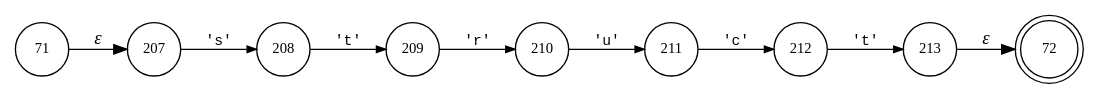
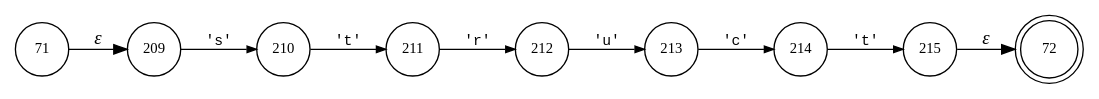
Before and after one commit to gar13177/Scanner: the diagram in src/grammar/ANTLR/decafLexer.T__1.dot, drawn with Graphviz. The commit also changed 226 other files, not shown here.

```diff
--- a/src/grammar/ANTLR/decafLexer.T__1.dot
+++ b/src/grammar/ANTLR/decafLexer.T__1.dot
@@ -1,20 +1,20 @@
 digraph ATN {
 rankdir=LR;
 s72[fontsize=11, label="72", shape=doublecircle, fixedsize=true, width=.6];
-s208[fontsize=11,label="208", shape=circle, fixedsize=true, width=.55, peripheries=1];
 s209[fontsize=11,label="209", shape=circle, fixedsize=true, width=.55, peripheries=1];
 s210[fontsize=11,label="210", shape=circle, fixedsize=true, width=.55, peripheries=1];
 s211[fontsize=11,label="211", shape=circle, fixedsize=true, width=.55, peripheries=1];
 s212[fontsize=11,label="212", shape=circle, fixedsize=true, width=.55, peripheries=1];
 s213[fontsize=11,label="213", shape=circle, fixedsize=true, width=.55, peripheries=1];
+s214[fontsize=11,label="214", shape=circle, fixedsize=true, width=.55, peripheries=1];
 s71[fontsize=11,label="71", shape=circle, fixedsize=true, width=.55, peripheries=1];
-s207[fontsize=11,label="207", shape=circle, fixedsize=true, width=.55, peripheries=1];
-s71 -> s207 [fontname="Times-Italic", label="&epsilon;"];
-s207 -> s208 [fontsize=11, fontname="Courier", arrowsize=.7, label = "'s'", arrowhead = normal];
-s208 -> s209 [fontsize=11, fontname="Courier", arrowsize=.7, label = "'t'", arrowhead = normal];
-s209 -> s210 [fontsize=11, fontname="Courier", arrowsize=.7, label = "'r'", arrowhead = normal];
-s210 -> s211 [fontsize=11, fontname="Courier", arrowsize=.7, label = "'u'", arrowhead = normal];
-s211 -> s212 [fontsize=11, fontname="Courier", arrowsize=.7, label = "'c'", arrowhead = normal];
-s212 -> s213 [fontsize=11, fontname="Courier", arrowsize=.7, label = "'t'", arrowhead = normal];
-s213 -> s72 [fontname="Times-Italic", label="&epsilon;"];
+s215[fontsize=11,label="215", shape=circle, fixedsize=true, width=.55, peripheries=1];
+s71 -> s209 [fontname="Times-Italic", label="&epsilon;"];
+s209 -> s210 [fontsize=11, fontname="Courier", arrowsize=.7, label = "'s'", arrowhead = normal];
+s210 -> s211 [fontsize=11, fontname="Courier", arrowsize=.7, label = "'t'", arrowhead = normal];
+s211 -> s212 [fontsize=11, fontname="Courier", arrowsize=.7, label = "'r'", arrowhead = normal];
+s212 -> s213 [fontsize=11, fontname="Courier", arrowsize=.7, label = "'u'", arrowhead = normal];
+s213 -> s214 [fontsize=11, fontname="Courier", arrowsize=.7, label = "'c'", arrowhead = normal];
+s214 -> s215 [fontsize=11, fontname="Courier", arrowsize=.7, label = "'t'", arrowhead = normal];
+s215 -> s72 [fontname="Times-Italic", label="&epsilon;"];
 }
```
